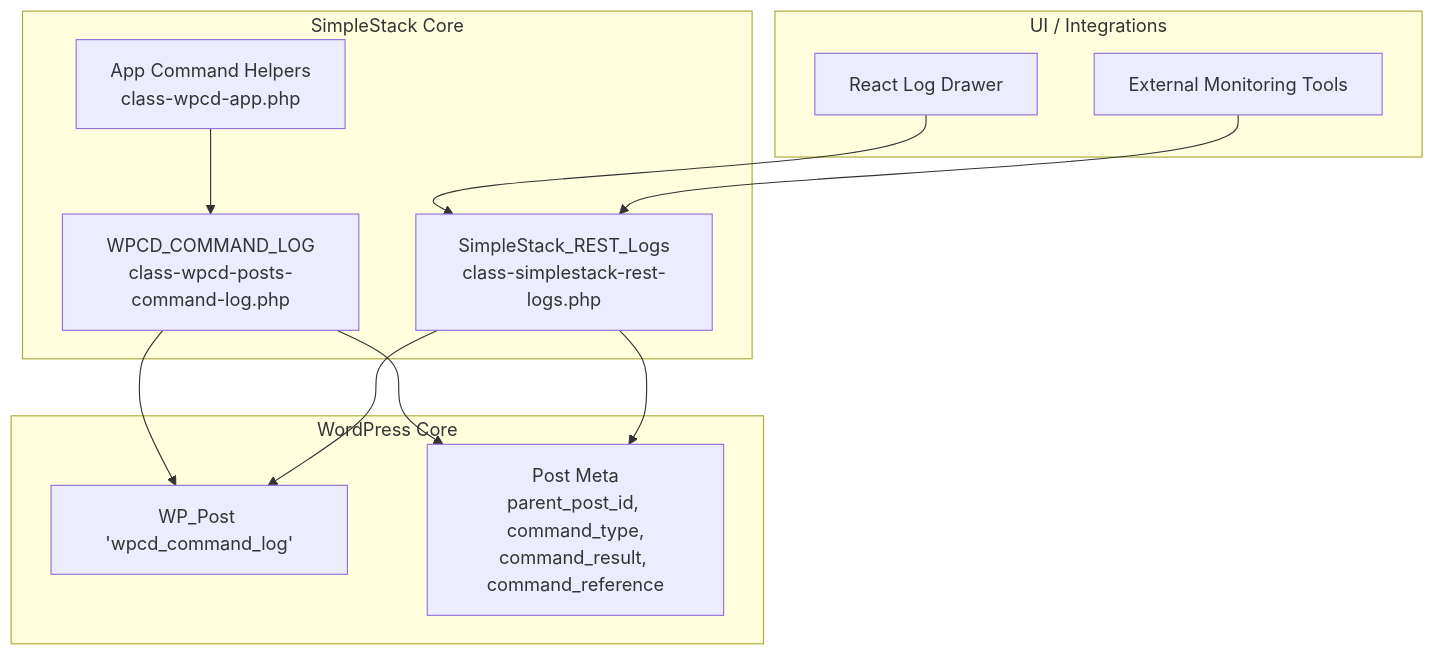
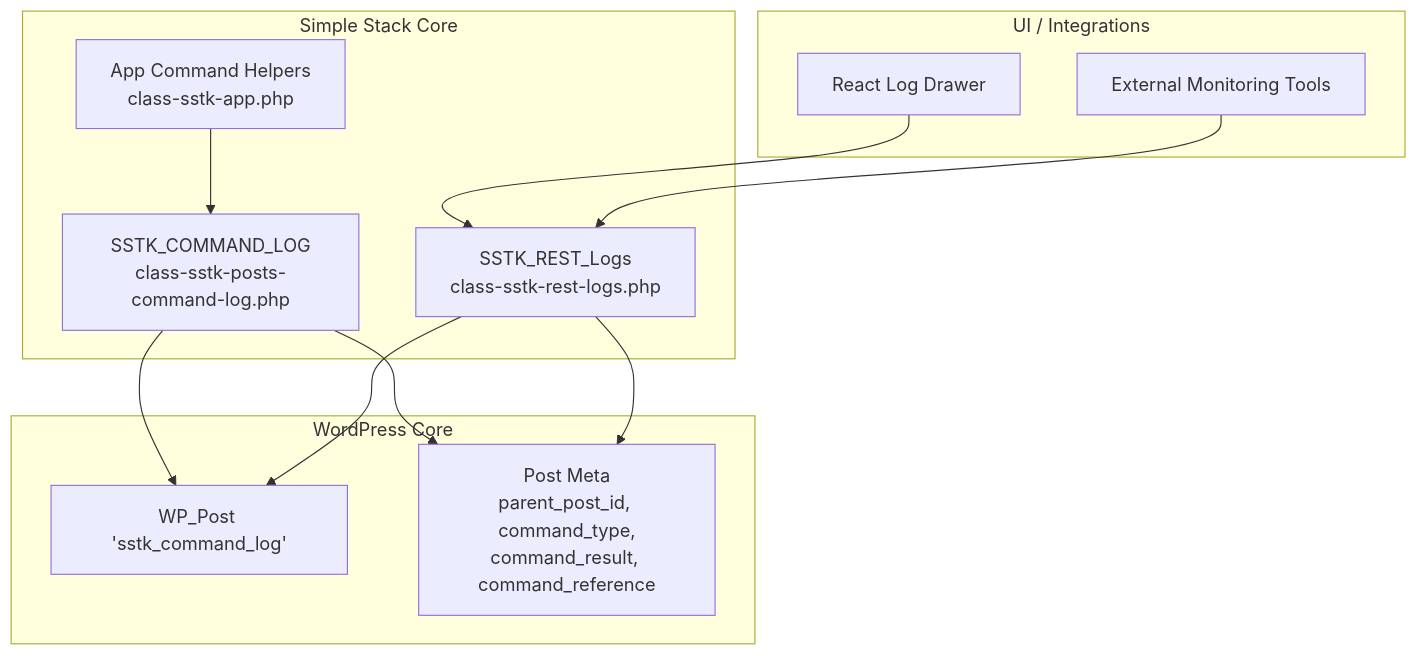
The first of 6 diagrams in .qoder/repowiki/en/content/Logging & Monitoring/Command Execution Logging.md (onedogsolutions/simple-stack), drawn with Mermaid before and after one commit. The commit also changed other lines of this file and 5941 other files, not shown here.

First line of the commit message:
refactor(core): rebrand WPCloudDeploy to Simple Stack with new namespaces and prefixes

````diff
--- a/.qoder/repowiki/en/content/Logging & Monitoring/Command Execution Logging.md
+++ b/.qoder/repowiki/en/content/Logging & Monitoring/Command Execution Logging.md
@@ -36,23 +36,23 @@
 ```mermaid
 graph TB
 subgraph "WordPress Core"
-WP_Post["WP_Post 'wpcd_command_log'"]
+WP_Post["WP_Post 'sstk_command_log'"]
 Meta["Post Meta<br/>parent_post_id, command_type,<br/>command_result, command_reference"]
 end
-subgraph "SimpleStack Core"
-CmdLog["WPCD_COMMAND_LOG<br/>class-wpcd-posts-command-log.php"]
-RestLogs["SimpleStack_REST_Logs<br/>class-simplestack-rest-logs.php"]
-AppHelper["App Command Helpers<br/>class-wpcd-app.php"]
+subgraph "Simple Stack Core"
+CmdLog["SSTK_COMMAND_LOG<br/>class-sstk-posts-command-log.php"]
+RestLogs["SSTK_REST_Logs<br/>class-sstk-rest-logs.php"]
+AppHelper["App Command Helpers<br/>class-sstk-app.php"]
 end
 subgraph "UI / Integrations"
 ReactDrawer["React Log Drawer"]
 ExternalTools["External Monitoring Tools"]
 end
 AppHelper --> CmdLog
 CmdLog --> WP_Post
 CmdLog --> Meta
 RestLogs --> WP_Post
 RestLogs --> Meta
 ReactDrawer --> RestLogs
 ExternalTools --> RestLogs
 ```
````
